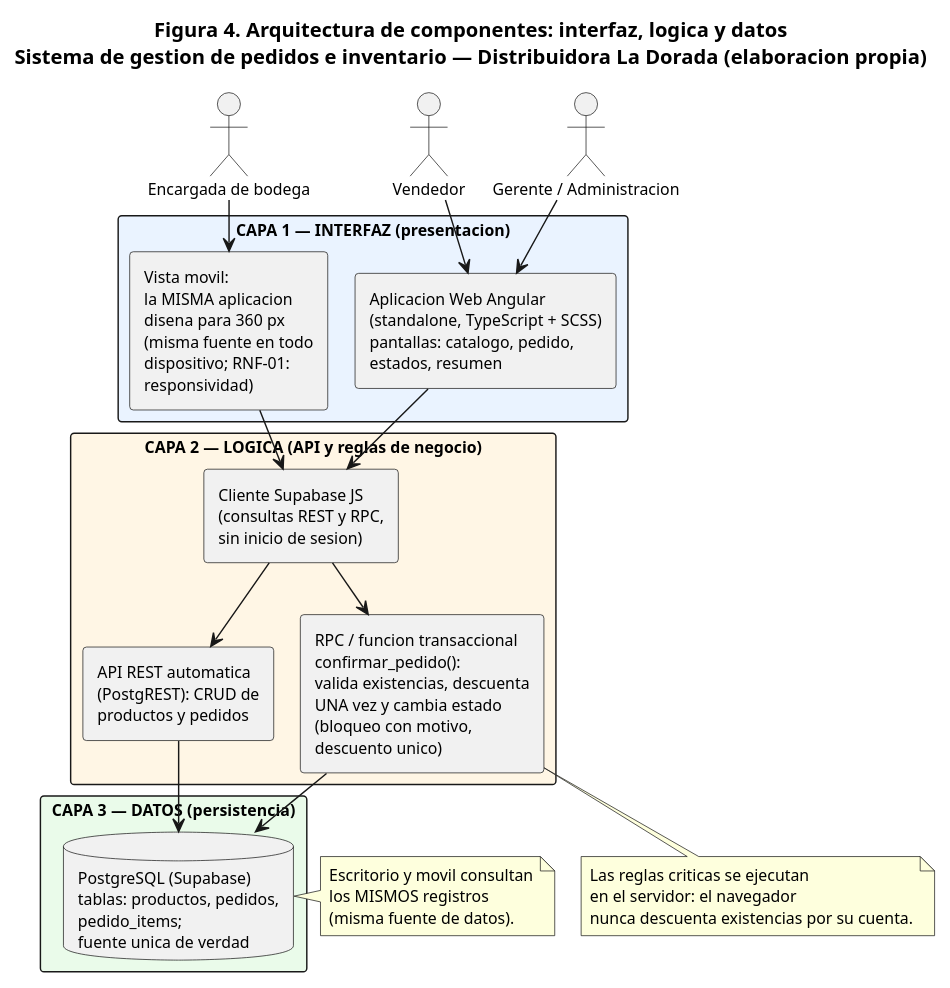
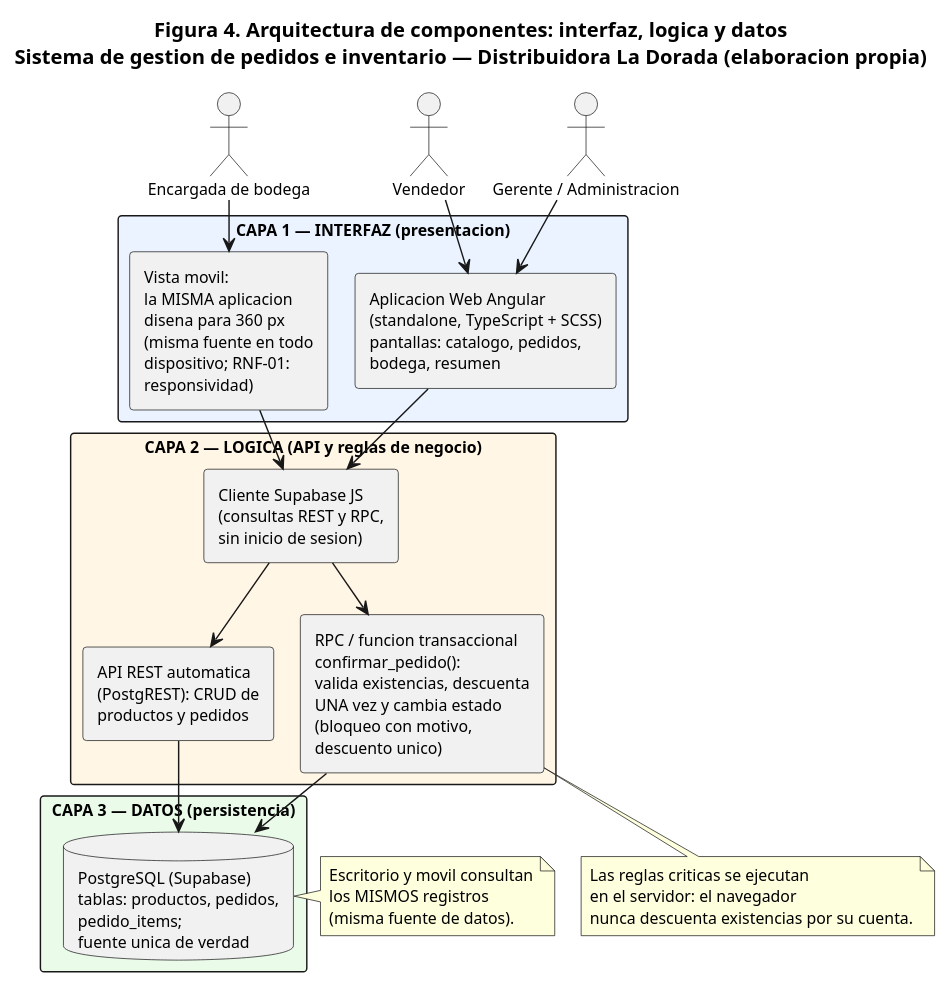
One commit to Mr-Felipe/distri_la_dorada changed the diagram in docs/diagramas/arquitectura.puml. Above: the diagram before and after it, drawn with PlantUML. The commit also changed 11 other files, not shown here.

Commit message:
docs: align document and diagrams with the implemented web behavior

```diff
--- a/docs/diagramas/arquitectura.puml
+++ b/docs/diagramas/arquitectura.puml
@@ -7,53 +7,53 @@
 @startuml
 !pragma layout smetana
 title Figura 4. Arquitectura de componentes: interfaz, logica y datos\nSistema de gestion de pedidos e inventario — Distribuidora La Dorada (elaboracion propia)
 
 skinparam defaultFontName Arial
 skinparam defaultFontSize 11
 skinparam shadowing false
 skinparam componentStyle rectangle
 skinparam packageStyle rectangle
 skinparam databaseStyle Rectangle
 
 actor "Vendedor" as V
 actor "Encargada de bodega" as B
 actor "Gerente / Administracion" as G
 
 package "CAPA 1 — INTERFAZ (presentacion)" #EAF3FF {
-  component "Aplicacion Web Angular\n(standalone, TypeScript + SCSS)\npantallas: catalogo, pedido,\nestados, resumen" as WEB
+  component "Aplicacion Web Angular\n(standalone, TypeScript + SCSS)\npantallas: catalogo, pedidos,\nbodega, resumen" as WEB
   component "Vista movil:\nla MISMA aplicacion\ndisena para 360 px\n(misma fuente en todo\ndispositivo; RNF-01:\nresponsividad)" as MOB
 }
 
 package "CAPA 2 — LOGICA (API y reglas de negocio)" #FFF6E5 {
   component "Cliente Supabase JS\n(consultas REST y RPC,\nsin inicio de sesion)" as SDK
   component "API REST automatica\n(PostgREST): CRUD de\nproductos y pedidos" as API
   component "RPC / funcion transaccional\nconfirmar_pedido():\nvalida existencias, descuenta\nUNA vez y cambia estado\n(bloqueo con motivo,\ndescuento unico)" as RPC
 }
 
 package "CAPA 3 — DATOS (persistencia)" #EAFBEA {
   database "PostgreSQL (Supabase)\ntablas: productos, pedidos,\npedido_items;\nfuente unica de verdad" as DB
 }
 
 V --> WEB
 B --> MOB
 G --> WEB
 WEB --> SDK
 MOB --> SDK
 SDK --> API
 SDK --> RPC
 API --> DB
 RPC --> DB
 
 note bottom of RPC
   Las reglas criticas se ejecutan
   en el servidor: el navegador
   nunca descuenta existencias por su cuenta.
 end note
 
 note right of DB
   Escritorio y movil consultan
   los MISMOS registros
   (misma fuente de datos).
 end note
 
 @enduml
```
